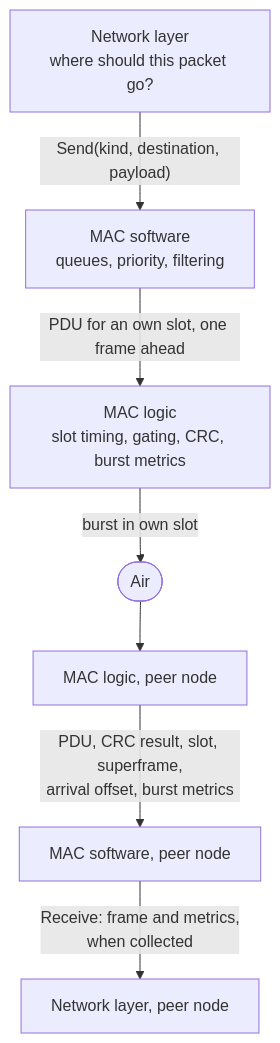
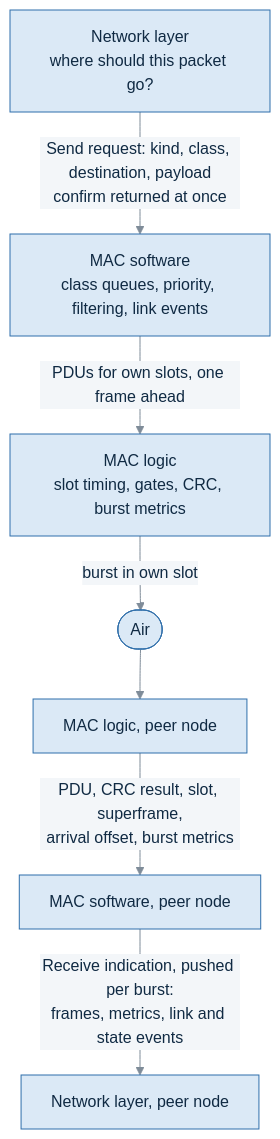
Before and after one commit to akhil-osl/hh-sdr-manet: the first of 5 diagrams in docs/MAC-NETWORK-INTERFACE.md, drawn with Mermaid. The commit also changed other lines of this file and 1 other file, not shown here.

````diff
--- a/docs/MAC-NETWORK-INTERFACE.md
+++ b/docs/MAC-NETWORK-INTERFACE.md
@@ -184,16 +230,17 @@
 ```mermaid
+%%{init: {'theme':'base','themeVariables':{'primaryColor':'#dbe9f6','primaryTextColor':'#102a43','primaryBorderColor':'#2f6fab','secondaryColor':'#e3f0dc','tertiaryColor':'#f6efe0','lineColor':'#7f8c99','textColor':'#6e7f91','edgeLabelBackground':'#f3f6f9','clusterBkg':'#eef2f6','clusterBorder':'#7f8c99','noteBkgColor':'#fff4cc','noteTextColor':'#102a43','noteBorderColor':'#b38f00','actorBkg':'#dbe9f6','actorBorder':'#2f6fab','actorTextColor':'#102a43','actorLineColor':'#7f8c99','signalColor':'#7f8c99','signalTextColor':'#6e7f91','labelBoxBkgColor':'#dbe9f6','labelTextColor':'#102a43','stateLabelColor':'#102a43','transitionColor':'#7f8c99','transitionLabelColor':'#6e7f91'}}}%%
 flowchart TB
     NET["Network layer<br/>where should this packet go?"]
-    MACS["MAC software<br/>queues, priority, filtering"]
-    MACL["MAC logic<br/>slot timing, gating, CRC, burst metrics"]
+    MACS["MAC software<br/>class queues, priority, filtering, link events"]
+    MACL["MAC logic<br/>slot timing, gates, CRC, burst metrics"]
     AIR(["Air"])
     MACL2["MAC logic, peer node"]
     MACS2["MAC software, peer node"]
     NET2["Network layer, peer node"]
-    NET -->|"Send(kind, destination, payload)"| MACS
-    MACS -->|"PDU for an own slot, one frame ahead"| MACL
+    NET -->|"Send request: kind, class, destination, payload<br/>confirm returned at once"| MACS
+    MACS -->|"PDUs for own slots, one frame ahead"| MACL
     MACL -->|"burst in own slot"| AIR
     AIR --> MACL2
     MACL2 -->|"PDU, CRC result, slot, superframe,<br/>arrival offset, burst metrics"| MACS2
-    MACS2 -->|"Receive: frame and metrics,<br/>when collected"| NET2
+    MACS2 -->|"Receive indication, pushed per burst:<br/>frames, metrics, link and state events"| NET2
 ```
````
